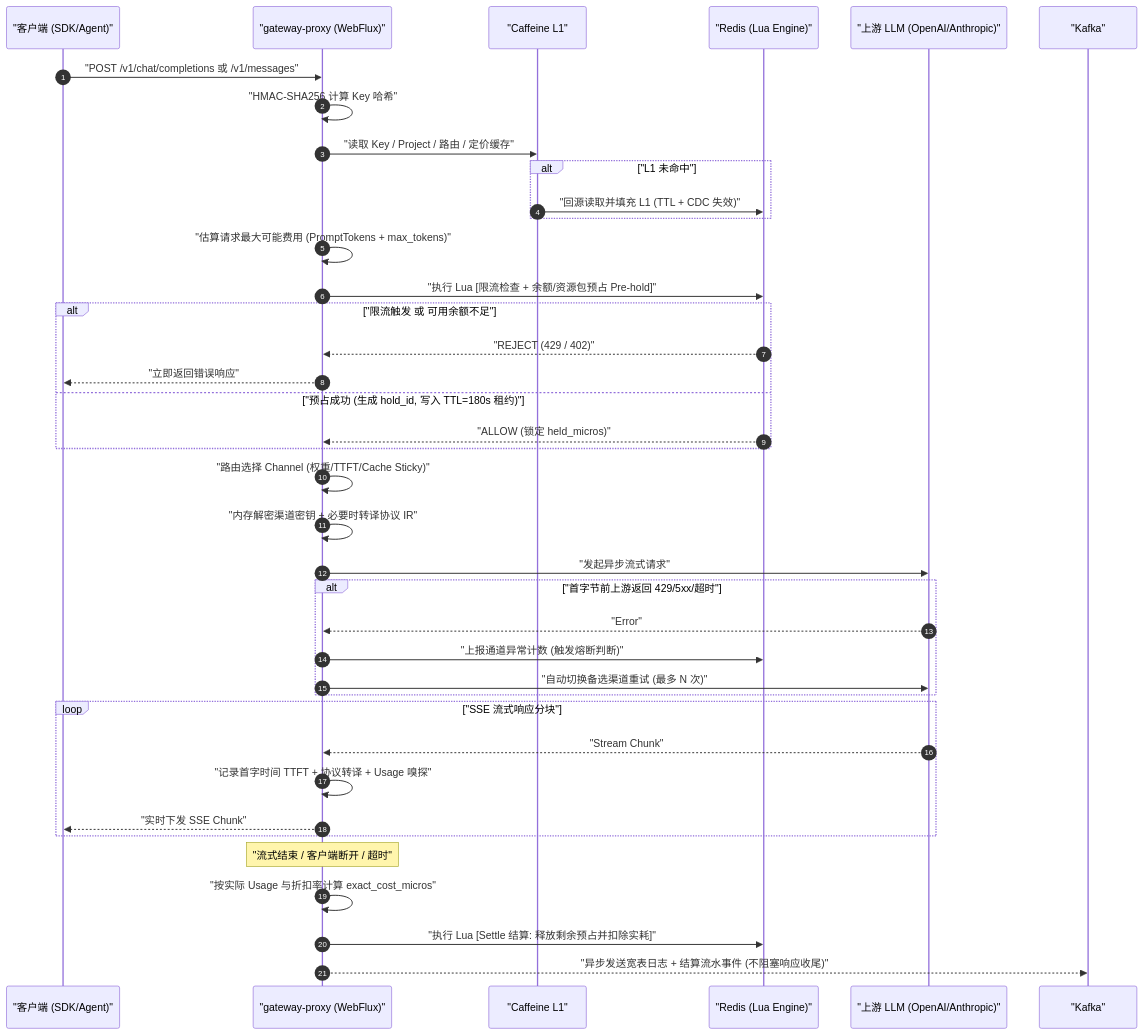
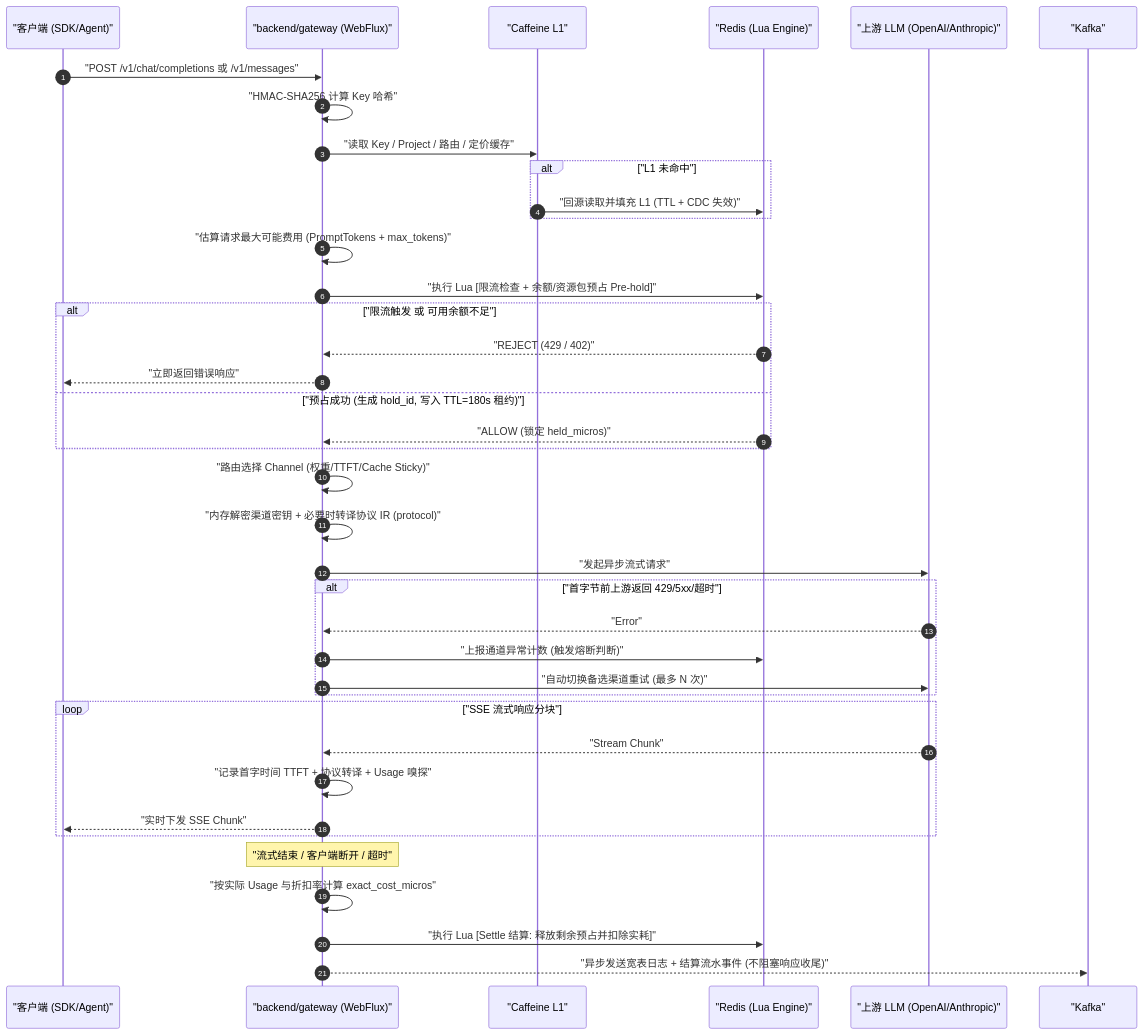
The second of 2 diagrams in docs/PROPOSAL.md (AspirinMX/HyperLLM), drawn with Mermaid before and after one commit. The commit also changed other lines of this file and 61 other files, not shown here.

````diff
--- a/docs/PROPOSAL.md
+++ b/docs/PROPOSAL.md
@@ -277,47 +303,47 @@
 ```mermaid
 sequenceDiagram
     autonumber
     participant C as "客户端 (SDK/Agent)"
-    participant P as "gateway-proxy (WebFlux)"
+    participant P as "backend/gateway (WebFlux)"
     participant L1 as "Caffeine L1"
     participant R as "Redis (Lua Engine)"
     participant U as "上游 LLM (OpenAI/Anthropic)"
     participant K as "Kafka"
 
     C->>P: "POST /v1/chat/completions 或 /v1/messages"
     P->>P: "HMAC-SHA256 计算 Key 哈希"
     P->>L1: "读取 Key / Project / 路由 / 定价缓存"
     alt "L1 未命中"
         L1->>R: "回源读取并填充 L1 (TTL + CDC 失效)"
     end
 
     P->>P: "估算请求最大可能费用 (PromptTokens + max_tokens)"
     P->>R: "执行 Lua [限流检查 + 余额/资源包预占 Pre-hold]"
     alt "限流触发 或 可用余额不足"
         R-->>P: "REJECT (429 / 402)"
         P-->>C: "立即返回错误响应"
     else "预占成功 (生成 hold_id, 写入 TTL=180s 租约)"
         R-->>P: "ALLOW (锁定 held_micros)"
     end
 
     P->>P: "路由选择 Channel (权重/TTFT/Cache Sticky)"
-    P->>P: "内存解密渠道密钥 + 必要时转译协议 IR"
+    P->>P: "内存解密渠道密钥 + 必要时转译协议 IR (protocol)"
     P->>U: "发起异步流式请求"
 
     alt "首字节前上游返回 429/5xx/超时"
         U-->>P: "Error"
         P->>R: "上报通道异常计数 (触发熔断判断)"
         P->>U: "自动切换备选渠道重试 (最多 N 次)"
     end
 
     loop "SSE 流式响应分块"
         U-->>P: "Stream Chunk"
         P->>P: "记录首字时间 TTFT + 协议转译 + Usage 嗅探"
         P-->>C: "实时下发 SSE Chunk"
     end
 
     Note over P: "流式结束 / 客户端断开 / 超时"
     P->>P: "按实际 Usage 与折扣率计算 exact_cost_micros"
     P->>R: "执行 Lua [Settle 结算: 释放剩余预占并扣除实耗]"
     P-->>K: "异步发送宽表日志 + 结算流水事件 (不阻塞响应收尾)"
 ```
````
